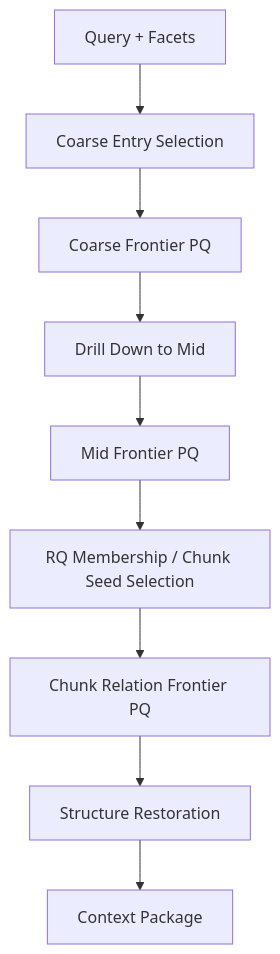
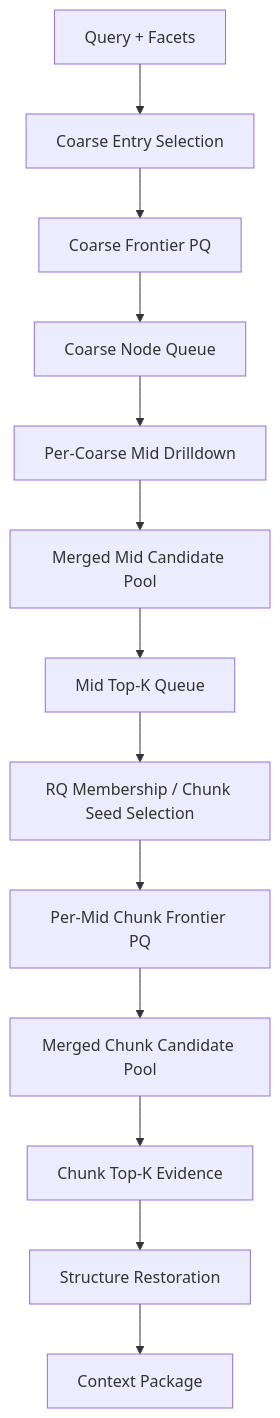
Before and after one commit to Sggggt/SymboGraph: the tenth of 11 diagrams in docs/technical-spec.md, drawn with Mermaid. The commit also changed other lines of this file and 53 other files, not shown here.

Commit message:
v1.4.1 beta: 使用动态KNN算法构建底层图谱，分层图谱检索修复了预算不均匀的问题，取消了重排序功能

````diff
--- a/docs/technical-spec.md
+++ b/docs/technical-spec.md
@@ -1947,11 +2163,15 @@
 ```mermaid
 flowchart TB
     Q["Query + Facets"] --> CE["Coarse Entry Selection"]
     CE --> CQ["Coarse Frontier PQ"]
-    CQ --> MD["Drill Down to Mid"]
-    MD --> MQ["Mid Frontier PQ"]
-    MQ --> CS["RQ Membership / Chunk Seed Selection"]
-    CS --> CH["Chunk Relation Frontier PQ"]
-    CH --> ST["Structure Restoration"]
+    CQ --> CQS["Coarse Node Queue"]
+    CQS --> MD["Per-Coarse Mid Drilldown"]
+    MD --> MP["Merged Mid Candidate Pool"]
+    MP --> MT["Mid Top-K Queue"]
+    MT --> CS["RQ Membership / Chunk Seed Selection"]
+    CS --> CH["Per-Mid Chunk Frontier PQ"]
+    CH --> CP0["Merged Chunk Candidate Pool"]
+    CP0 --> CT["Chunk Top-K Evidence"]
+    CT --> ST["Structure Restoration"]
     ST --> CP["Context Package"]
 ```
````
